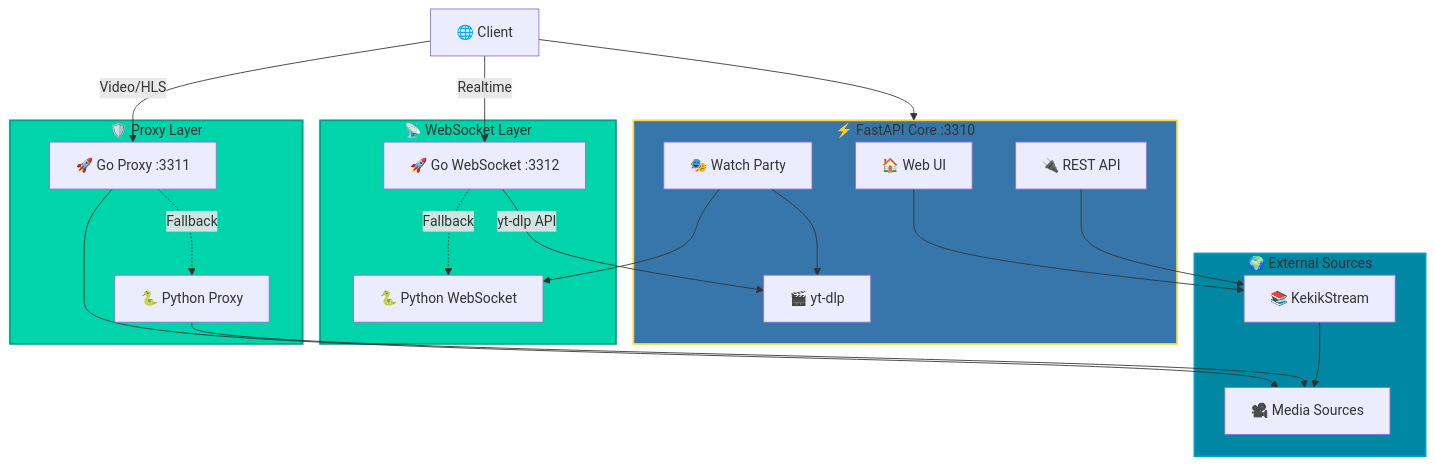
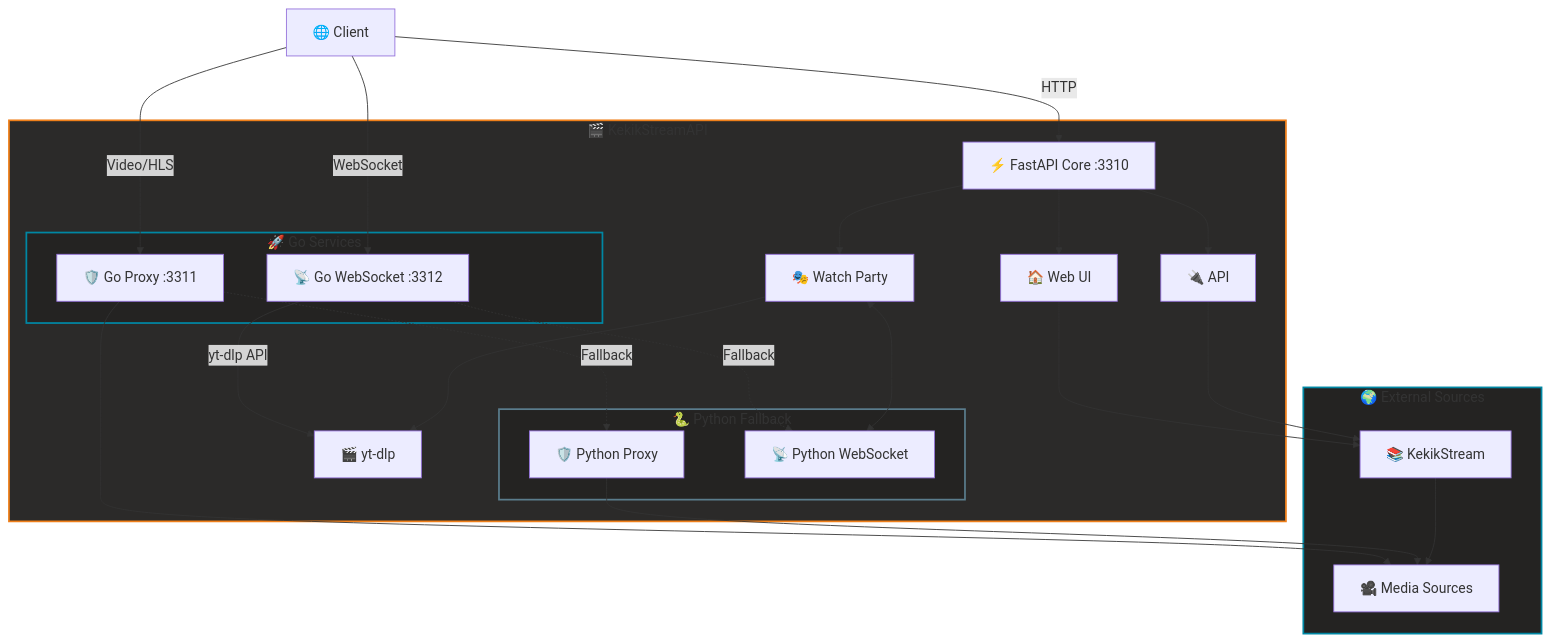
Before and after one commit to keyiflerolsun/KekikStreamAPI: the diagram in README.md, drawn with Mermaid. The commit also changed other lines of this file, not shown here.

Commit message:
feat: Go/Python WebSocket parity, yt-dlp API, fixed ports, updated README with proper architecture diagram

````diff
--- a/README.md
+++ b/README.md
@@ -82,49 +82,54 @@
 ```mermaid
 graph TB
     Client[🌐 Client]
     
-    subgraph Core[⚡ FastAPI Core :3310]
+    subgraph KekikStreamAPI[🎬 KekikStreamAPI]
+        FastAPI[⚡ FastAPI Core :3310]
         Home[🏠 Web UI]
-        API[🔌 REST API]
+        API[🔌 API]
         WatchParty[🎭 Watch Party]
         YtDlp[🎬 yt-dlp]
-    end
-    
-    subgraph ProxyLayer[🛡️ Proxy Layer]
-        GoProxy[🚀 Go Proxy :3311]
-        PyProxy[🐍 Python Proxy]
-    end
-    
-    subgraph WebSocketLayer[📡 WebSocket Layer]
-        GoWS[🚀 Go WebSocket :3312]
-        PyWS[🐍 Python WebSocket]
+        
+        subgraph GoServices[🚀 Go Services]
+            GoProxy[🛡️ Go Proxy :3311]
+            GoWS[📡 Go WebSocket :3312]
+        end
+        
+        subgraph PyServices[🐍 Python Fallback]
+            PyProxy[🛡️ Python Proxy]
+            PyWS[📡 Python WebSocket]
+        end
     end
     
     subgraph External[🌍 External Sources]
         KekikStream[📚 KekikStream]
         MediaSources[🎥 Media Sources]
     end
     
-    Client --> Core
+    Client -->|HTTP| FastAPI
     Client -->|Video/HLS| GoProxy
-    Client -->|Realtime| GoWS
+    Client -->|WebSocket| GoWS
+    
+    FastAPI --> Home
+    FastAPI --> API
+    FastAPI --> WatchParty
     
     GoProxy -.->|Fallback| PyProxy
     GoWS -.->|Fallback| PyWS
     GoWS -->|yt-dlp API| YtDlp
     
-    WatchParty --> PyWS
+    Home --> KekikStream
+    API --> KekikStream
+    
+    WatchParty <--> PyWS
     WatchParty --> YtDlp
     
-    API --> KekikStream
-    Home --> KekikStream
+    GoProxy --> MediaSources
+    PyProxy --> MediaSources
     KekikStream --> MediaSources
-    
-    PyProxy --> MediaSources
-    GoProxy --> MediaSources
 
-    style Core fill:#3776ab,stroke:#ffd43b,stroke-width:2px
-    style ProxyLayer fill:#00d4aa,stroke:#00a080,stroke-width:2px
-    style WebSocketLayer fill:#00d4aa,stroke:#00a080,stroke-width:2px
-    style External fill:#0087a3,stroke:#00a0c2,stroke-width:2px
+    style KekikStreamAPI fill:#2b2a29,stroke:#ef7f1a,stroke-width:2px
+    style GoServices fill:#242322,stroke:#0087a3,stroke-width:2px
+    style PyServices fill:#242322,stroke:#5a7c8c,stroke-width:2px
+    style External fill:#242322,stroke:#0087a3,stroke-width:2px
 ```
````
